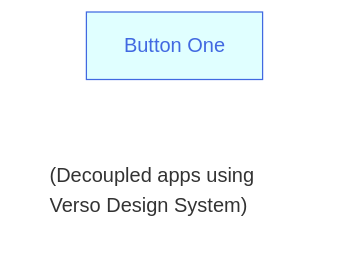
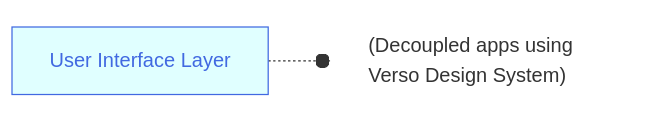
Before and after one commit to joe-dorward/samples: the diagram in buttons_mermaid_v2.md, drawn with Mermaid.

````diff
--- a/buttons_mermaid_v2.md
+++ b/buttons_mermaid_v2.md
@@ -3,19 +3,21 @@
 ```mermaid
   flowchart LR
 
   %% define styles
   classDef Button fill:lightcyan, stroke:royalblue, color:royalblue;
   classDef Note fill:transparent, stroke:white, text-align:left;
   %% ---------- ---------- ---------- ---------- ---------- ---------- ---------- ---------- ---------- ----------
-  BUTTON_01[Button One]:::Button
+  BUTTON_01[User Interface Layer]:::Button
   click BUTTON_01 "https://en.wikipedia.org/wiki/Main_Page" _blank
 
   BUTTON_01_NOTE["(Decoupled apps using Verso Design System)"]:::Note
 
+  BUTTON_01-.-o
+  BUTTON_01_NOTE
   %% ---------- ---------- ---------- ---------- ---------- ---------- ---------- ---------- ---------- ----------
 
   %% ---------- ---------- ---------- ---------- ---------- ---------- ---------- ---------- ---------- ----------
 
 
 
 ```
````
